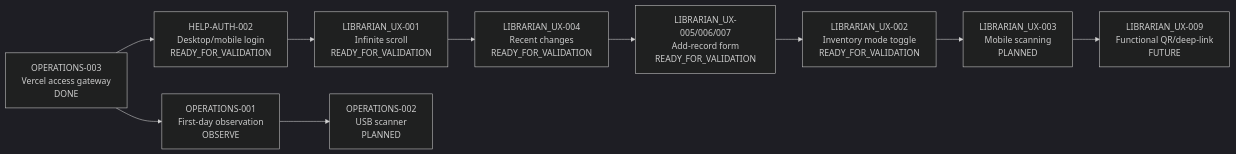
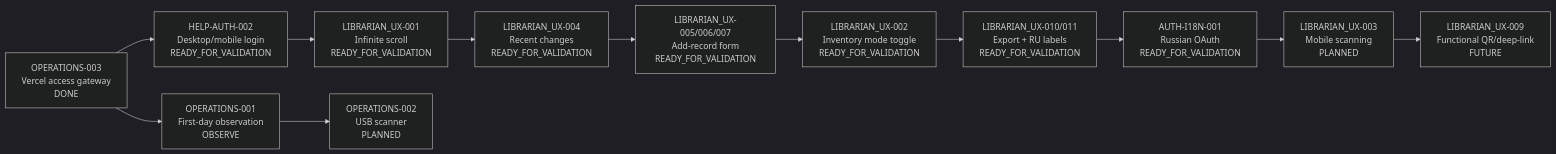
The diagram in docs/ROADMAP.md (oregu93/music-school-lib), drawn with Mermaid (dark theme) before and after one commit. The commit also changed other lines of this file, not shown here.

Commit message:
Extend roadmap with localization refinements

````diff
--- a/docs/ROADMAP.md
+++ b/docs/ROADMAP.md
@@ -12,12 +12,14 @@
 ```mermaid
 flowchart LR
   A[OPERATIONS-003<br/>Vercel access gateway<br/>DONE] --> B[HELP-AUTH-002<br/>Desktop/mobile login<br/>READY_FOR_VALIDATION]
   B --> C[LIBRARIAN_UX-001<br/>Infinite scroll<br/>READY_FOR_VALIDATION]
   C --> D[LIBRARIAN_UX-004<br/>Recent changes<br/>READY_FOR_VALIDATION]
   D --> E[LIBRARIAN_UX-005/006/007<br/>Add-record form<br/>READY_FOR_VALIDATION]
   E --> F[LIBRARIAN_UX-002<br/>Inventory mode toggle<br/>READY_FOR_VALIDATION]
-  F --> G[LIBRARIAN_UX-003<br/>Mobile scanning<br/>PLANNED]
+  F --> K[LIBRARIAN_UX-010/011<br/>Export + RU labels<br/>READY_FOR_VALIDATION]
+  K --> L[AUTH-I18N-001<br/>Russian OAuth<br/>READY_FOR_VALIDATION]
+  L --> G[LIBRARIAN_UX-003<br/>Mobile scanning<br/>PLANNED]
   G --> H[LIBRARIAN_UX-009<br/>Functional QR/deep-link<br/>FUTURE]
   A --> I[OPERATIONS-001<br/>First-day observation<br/>OBSERVE]
   I --> J[OPERATIONS-002<br/>USB scanner<br/>PLANNED]
 ```
````
